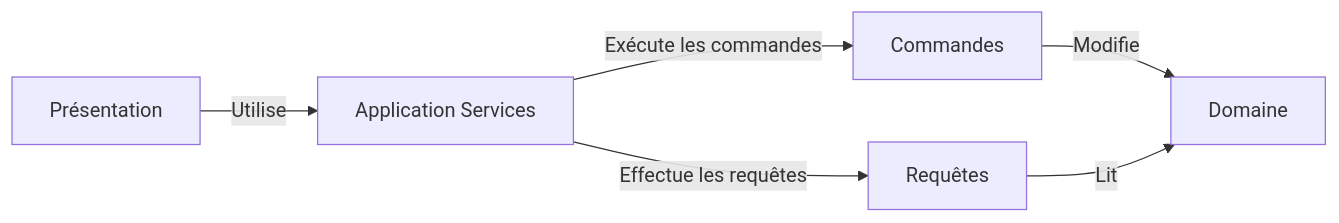
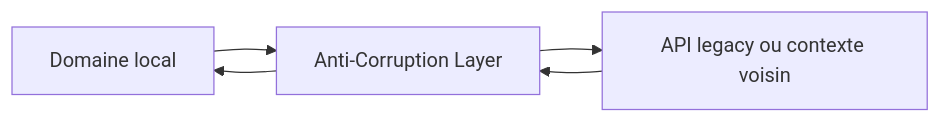
One commit to Tan-Software/domain-driven-design changed the tenth of 11 diagrams in README.md. Above: the diagram before and after it, drawn with Mermaid. The commit also changed other lines of this file, not shown here.

````diff
--- a/README.md
+++ b/README.md
@@ -648,8 +433,7 @@
 ```mermaid
 graph LR
-    A[Présentation] -- Utilise --> B[Application Services]
-    B -- Exécute les commandes --> C[Commandes]
-    B -- Effectue les requêtes --> D[Requêtes]
-    C -- Modifie --> E[Domaine]
-    D -- Lit --> E
+    A[Domaine local] --> B[Anti-Corruption Layer]
+    B --> C[API legacy ou contexte voisin]
+    C --> B
+    B --> A
 ```
````
